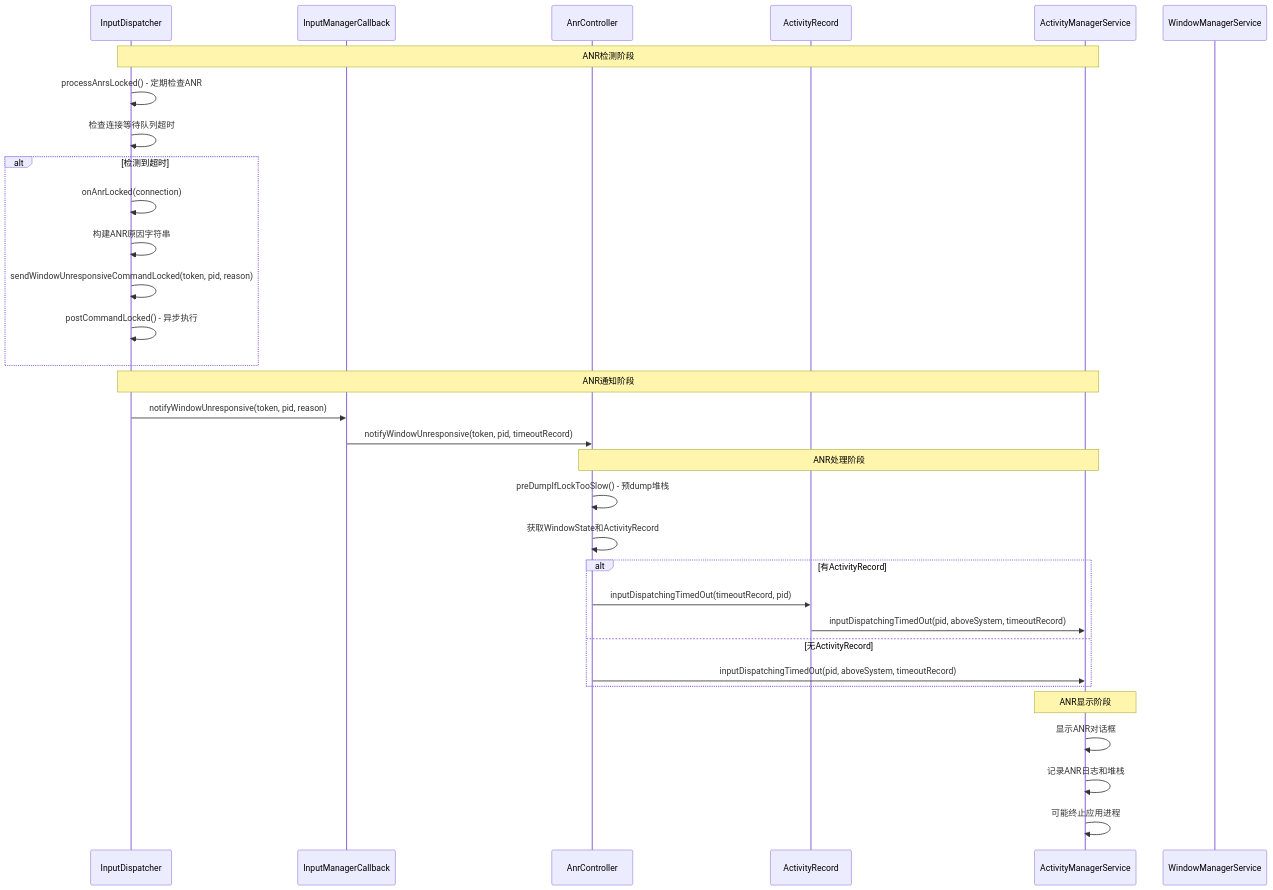
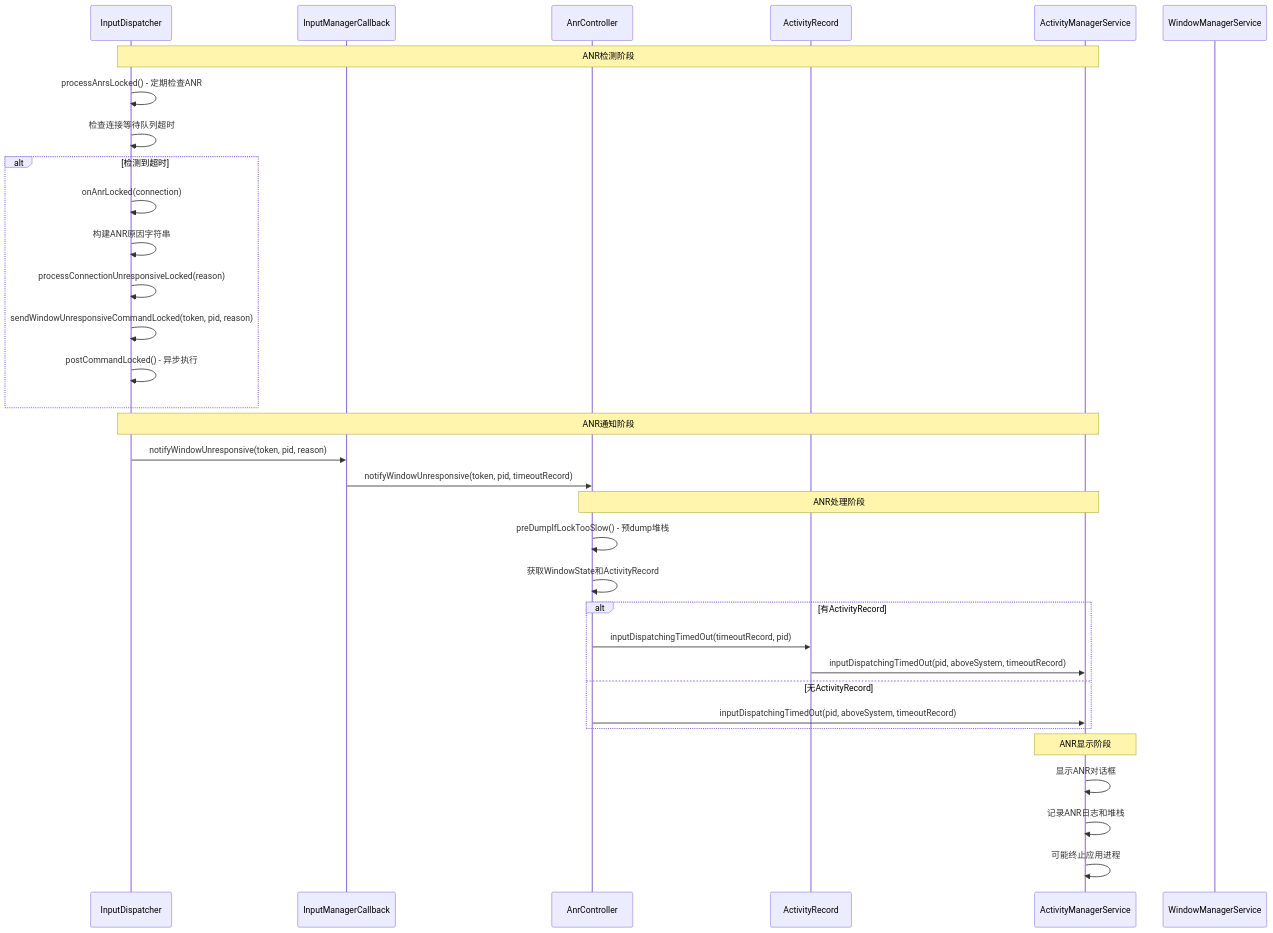
One commit to yuchuangu85/AOSP_Frameworks changed the second of 2 diagrams in docs/ANRAnalysis.md. Above: the diagram before and after it, drawn with Mermaid. The commit also changed other lines of this file and 11 other files, not shown here.

````diff
--- a/docs/ANRAnalysis.md
+++ b/docs/ANRAnalysis.md
@@ -38,38 +39,39 @@
 ```mermaid
 sequenceDiagram
     participant ID as InputDispatcher
     participant IM as InputManagerCallback
     participant AC as AnrController
     participant AR as ActivityRecord
     participant AMS as ActivityManagerService
     participant WMS as WindowManagerService
     
     Note over ID,AMS: ANR检测阶段
     ID->>ID: processAnrsLocked() - 定期检查ANR
     ID->>ID: 检查连接等待队列超时
     alt 检测到超时
         ID->>ID: onAnrLocked(connection)
         ID->>ID: 构建ANR原因字符串
+        ID->>ID: processConnectionUnresponsiveLocked(reason)
         ID->>ID: sendWindowUnresponsiveCommandLocked(token, pid, reason)
         ID->>ID: postCommandLocked() - 异步执行
     end
     
     Note over ID,AMS: ANR通知阶段
     ID->>IM: notifyWindowUnresponsive(token, pid, reason)
     IM->>AC: notifyWindowUnresponsive(token, pid, timeoutRecord)
     
     Note over AC,AMS: ANR处理阶段
     AC->>AC: preDumpIfLockTooSlow() - 预dump堆栈
     AC->>AC: 获取WindowState和ActivityRecord
     alt 有ActivityRecord
         AC->>AR: inputDispatchingTimedOut(timeoutRecord, pid)
         AR->>AMS: inputDispatchingTimedOut(pid, aboveSystem, timeoutRecord)
     else 无ActivityRecord
         AC->>AMS: inputDispatchingTimedOut(pid, aboveSystem, timeoutRecord)
     end
     
     Note over AMS,AMS: ANR显示阶段
     AMS->>AMS: 显示ANR对话框
     AMS->>AMS: 记录ANR日志和堆栈
     AMS->>AMS: 可能终止应用进程
 ```
````
